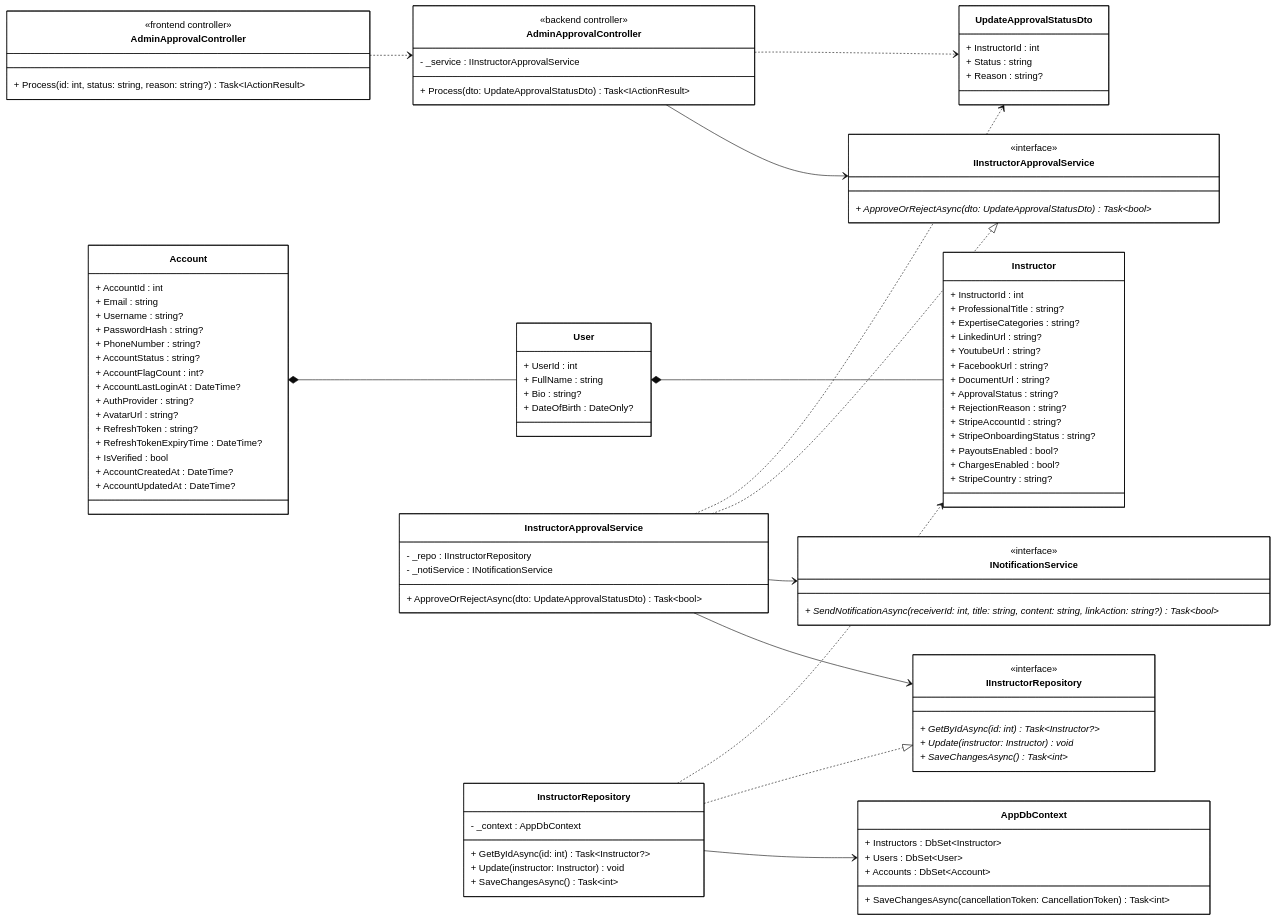
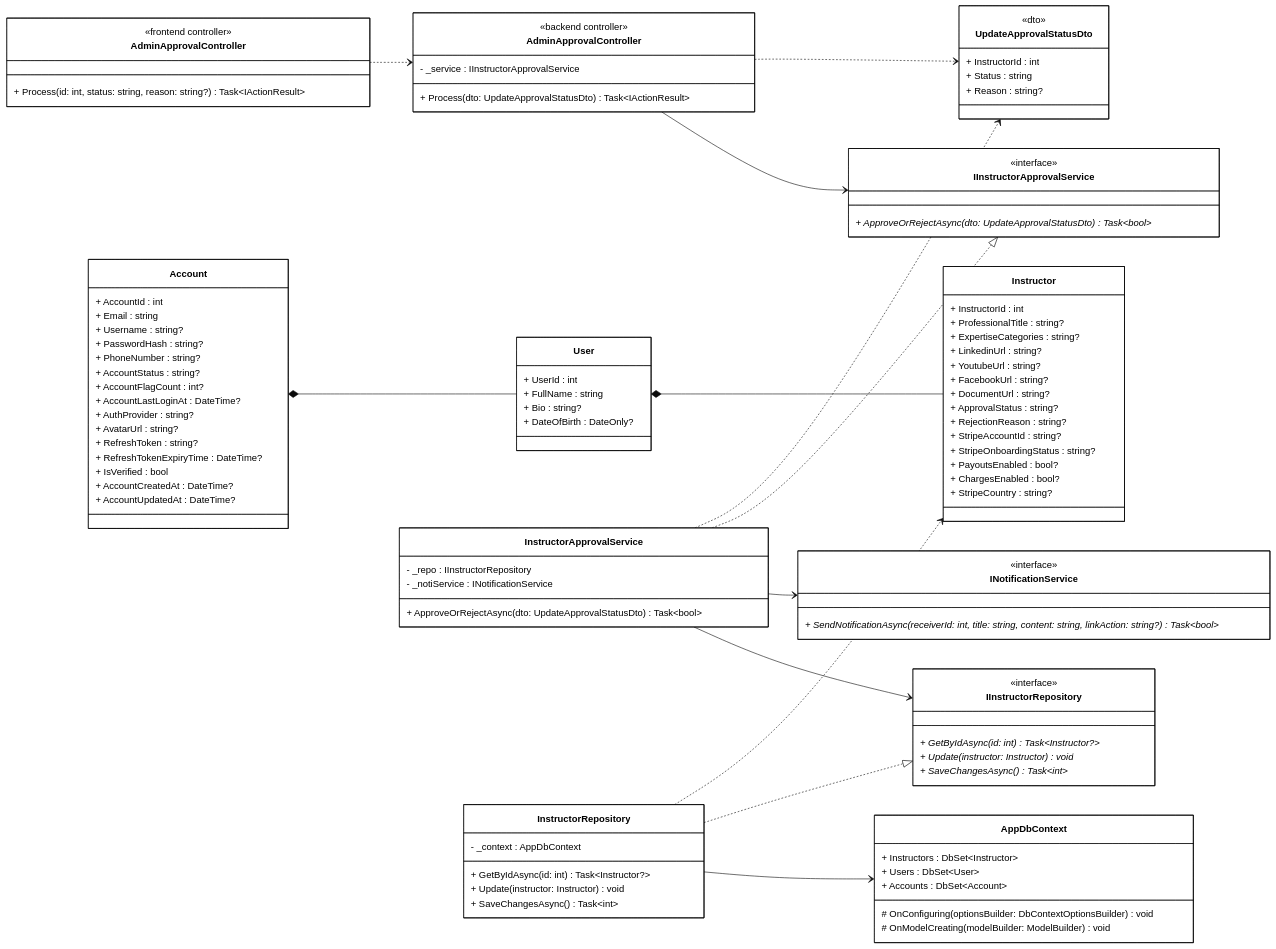
Before and after one commit to 1000do/Linked: the diagram in diagrams/class_mermaid/manage_instructor_application/cls_mm_approve_instructor_application.mmd, drawn with Mermaid (base theme). The commit also changed 29 other files, not shown here.

Commit message:
docs: add comprehensive mermaid class diagrams for core system features and update admin layout view

```diff
--- a/diagrams/class_mermaid/manage_instructor_application/cls_mm_approve_instructor_application.mmd
+++ b/diagrams/class_mermaid/manage_instructor_application/cls_mm_approve_instructor_application.mmd
@@ -1,141 +1,145 @@
 classDiagram
 direction LR
 
 %% ==================== FRONTEND ====================
 
 class AdminApprovalControllerFE["AdminApprovalController"] {
     <<frontend controller>>
     + Process(id: int, status: string, reason: string?) Task~IActionResult~
 }
 
 %% ==================== BACKEND - CONTROLLER ====================
 
 class AdminApprovalControllerBE["AdminApprovalController"] {
     <<backend controller>>
     - _service : IInstructorApprovalService
     + Process(dto: UpdateApprovalStatusDto) Task~IActionResult~
 }
 
 %% ==================== BACKEND - DTOs ====================
 
 class UpdateApprovalStatusDto {
+    <<dto>>
     + InstructorId : int
     + Status : string
     + Reason : string?
 }
 
 %% ==================== BACKEND - DOMAIN ENTITIES ====================
 
 class Instructor {
     + InstructorId : int
     + ProfessionalTitle : string?
     + ExpertiseCategories : string?
     + LinkedinUrl : string?
     + YoutubeUrl : string?
     + FacebookUrl : string?
     + DocumentUrl : string?
     + ApprovalStatus : string?
     + RejectionReason : string?
     + StripeAccountId : string?
     + StripeOnboardingStatus : string?
     + PayoutsEnabled : bool?
     + ChargesEnabled : bool?
     + StripeCountry : string?
 }
 
 class User {
     + UserId : int
     + FullName : string
     + Bio : string?
     + DateOfBirth : DateOnly?
 }
 
 class Account {
     + AccountId : int
     + Email : string
     + Username : string?
     + PasswordHash : string?
     + PhoneNumber : string?
     + AccountStatus : string?
     + AccountFlagCount : int?
     + AccountLastLoginAt : DateTime?
     + AuthProvider : string?
     + AvatarUrl : string?
     + RefreshToken : string?
     + RefreshTokenExpiryTime : DateTime?
     + IsVerified : bool
     + AccountCreatedAt : DateTime?
     + AccountUpdatedAt : DateTime?
 }
 
 %% ==================== BACKEND - SERVICE INTERFACES ====================
 
 class IInstructorApprovalService {
     <<interface>>
     + ApproveOrRejectAsync(dto: UpdateApprovalStatusDto) Task~bool~ *
 }
 
 class INotificationService {
     <<interface>>
     + SendNotificationAsync(receiverId: int, title: string, content: string, linkAction: string?) Task~bool~ *
 }
 
 %% ==================== BACKEND - REPOSITORY INTERFACES ====================
 
 class IInstructorRepository {
     <<interface>>
     + GetByIdAsync(id: int) Task~Instructor?~ *
     + Update(instructor: Instructor) void *
     + SaveChangesAsync() Task~int~ *
 }
 
 %% ==================== BACKEND - SERVICE IMPLEMENTATION ====================
 
 class InstructorApprovalService {
     - _repo : IInstructorRepository
     - _notiService : INotificationService
     + ApproveOrRejectAsync(dto: UpdateApprovalStatusDto) Task~bool~
 }
 
 %% ==================== BACKEND - REPOSITORY IMPLEMENTATION ====================
 
 class InstructorRepository {
     - _context : AppDbContext
     + GetByIdAsync(id: int) Task~Instructor?~
     + Update(instructor: Instructor) void
     + SaveChangesAsync() Task~int~
 }
 
 %% ==================== BACKEND - DbContext ====================
 
 class AppDbContext {
     + Instructors : DbSet~Instructor~
     + Users : DbSet~User~
     + Accounts : DbSet~Account~
-    + SaveChangesAsync(cancellationToken: CancellationToken) Task~int~
+    
+    # OnConfiguring(optionsBuilder: DbContextOptionsBuilder) void
+    # OnModelCreating(modelBuilder: ModelBuilder) void
 }
 
 %% ==================== RELATIONSHIPS ====================
 
 %% === COMPOSITION ===
 Account *-- User
 User *-- Instructor
 
 %% === UNIDIRECTIONAL ASSOCIATION ===
 AdminApprovalControllerBE --> IInstructorApprovalService
 InstructorApprovalService --> IInstructorRepository
 InstructorApprovalService --> INotificationService
 InstructorRepository --> AppDbContext
 
 %% === INTERFACE REALIZATION ===
 InstructorApprovalService ..|> IInstructorApprovalService
 InstructorRepository ..|> IInstructorRepository
 
 %% === DEPENDENCY ===
 AdminApprovalControllerFE ..> AdminApprovalControllerBE
 AdminApprovalControllerBE ..> UpdateApprovalStatusDto
 InstructorApprovalService ..> UpdateApprovalStatusDto
 InstructorRepository ..> Instructor
 
 %% ==================== STYLES ====================
+
 classDef default fill:#FFFFFF,stroke:#000000,stroke-width:1px,color:#000000
```
